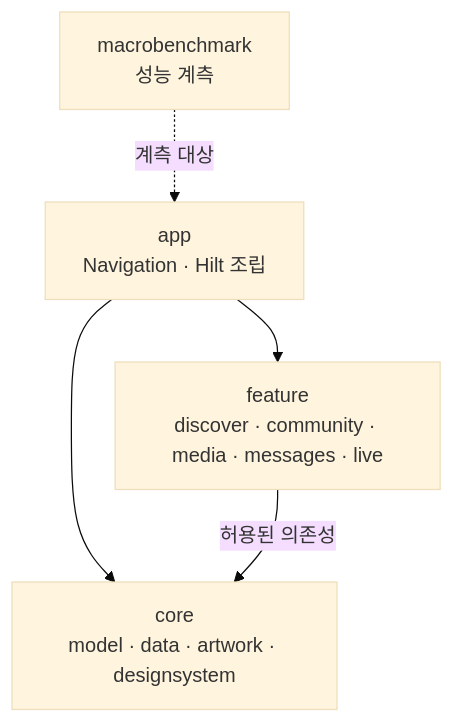
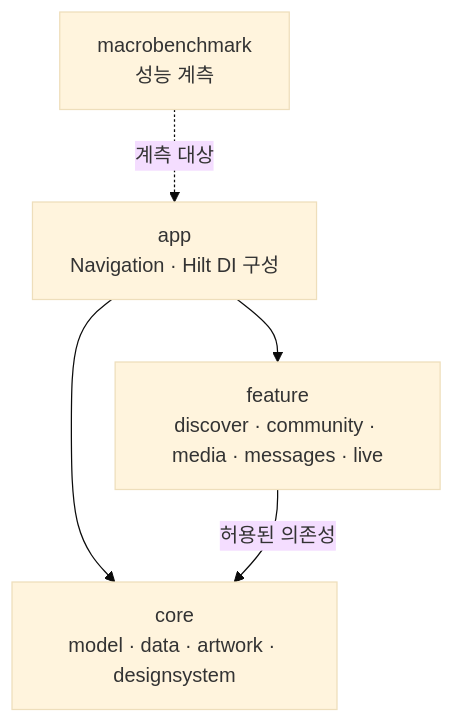
One commit to CodingBot000/fanstage-android-ai-harness changed the diagram in README.md. Above: the diagram before and after it, drawn with Mermaid (base theme). The commit also changed other lines of this file, not shown here.

Commit message:
docs: clarify app module Hilt DI terminology (#79)

````diff
--- a/README.md
+++ b/README.md
@@ -59,11 +59,11 @@
 ```mermaid
 flowchart TB
-    APP["app<br/>Navigation · Hilt 조립"]
+    APP["app<br/>Navigation · Hilt DI 구성"]
     FEATURE["feature<br/>discover · community · media · messages · live"]
     CORE["core<br/>model · data · artwork · designsystem"]
     BENCH["macrobenchmark<br/>성능 계측"]
     APP --> FEATURE
     APP --> CORE
     FEATURE -->|"허용된 의존성"| CORE
     BENCH -.->|"계측 대상"| APP
 ```
````
